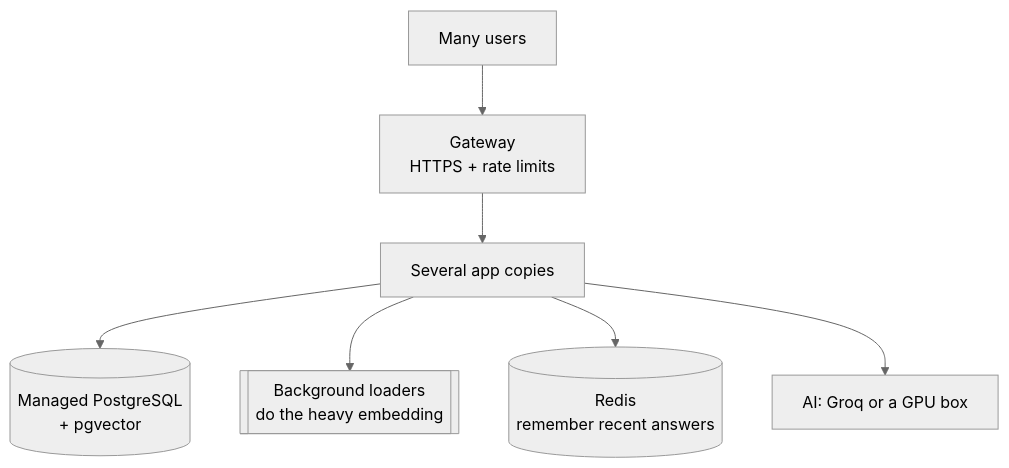
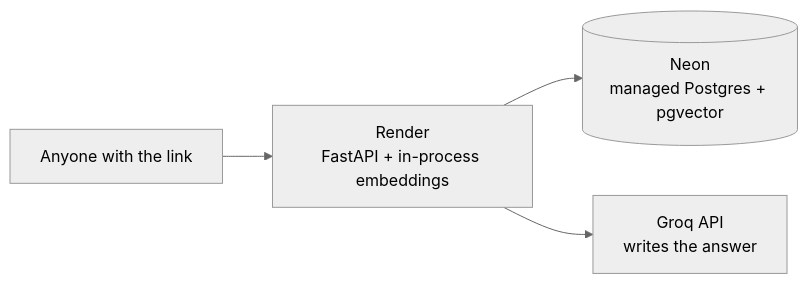
The sixth of 6 diagrams in docs/architecture.md (j4rv1ss/tender-rag-mcp), drawn with Mermaid (neutral theme) before and after one commit. The commit also changed other lines of this file and 1 other file, not shown here.

Commit message:
docs: update README + architecture for in-process fastembed (384-dim), top_k 8, 3-tier Groq chat, synonym/antonym + formatting, and the free Render/Neon deploy

````diff
--- a/docs/architecture.md
+++ b/docs/architecture.md
@@ -287,9 +310,6 @@
 ```mermaid
-flowchart TB
-  C[Many users] --> LB[Gateway<br/>HTTPS + rate limits]
-  LB --> APP[Several app copies]
-  APP --> PGM[(Managed PostgreSQL<br/>+ pgvector)]
-  APP --> RQ[[Background loaders<br/>do the heavy embedding]]
-  APP --> CACHE[(Redis<br/>remember recent answers)]
-  APP --> LLMP[AI: Groq or a GPU box]
+flowchart LR
+  U[Anyone with the link] --> R[Render<br/>FastAPI + in-process embeddings]
+  R --> N[(Neon<br/>managed Postgres + pgvector)]
+  R --> G[Groq API<br/>writes the answer]
 ```
````
